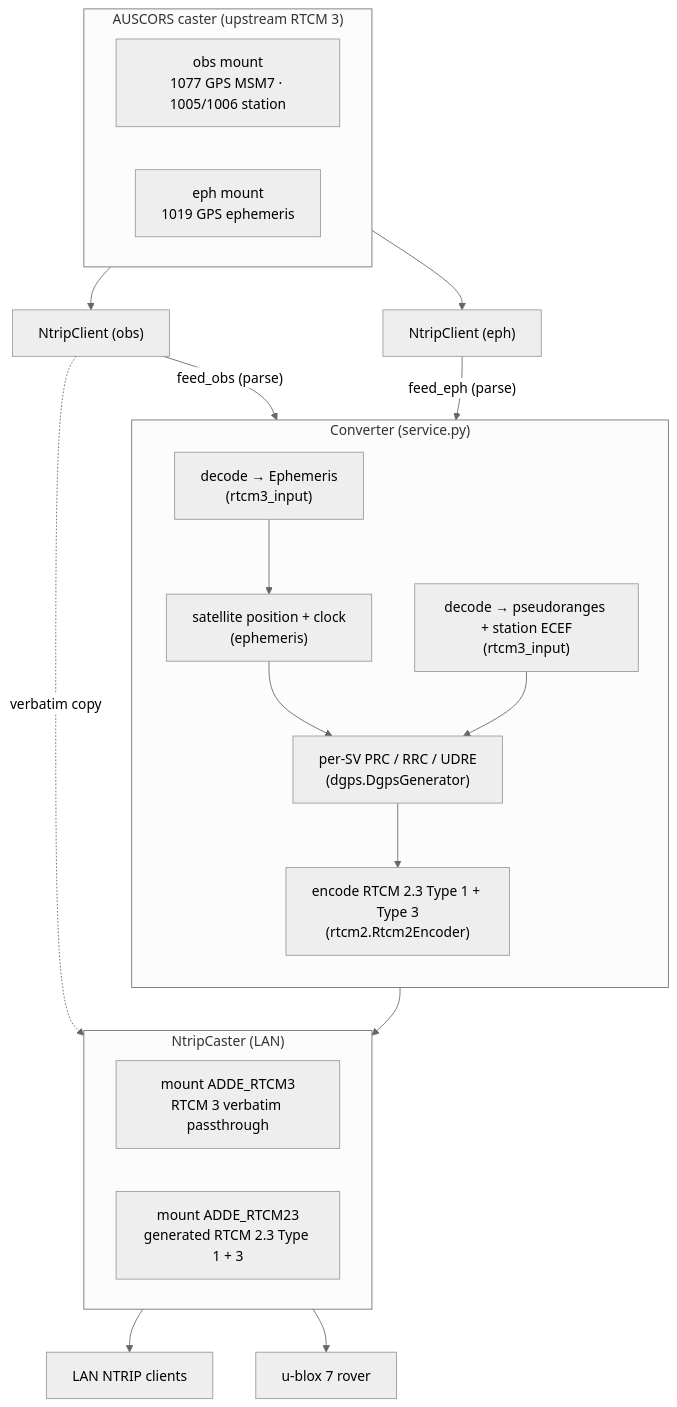
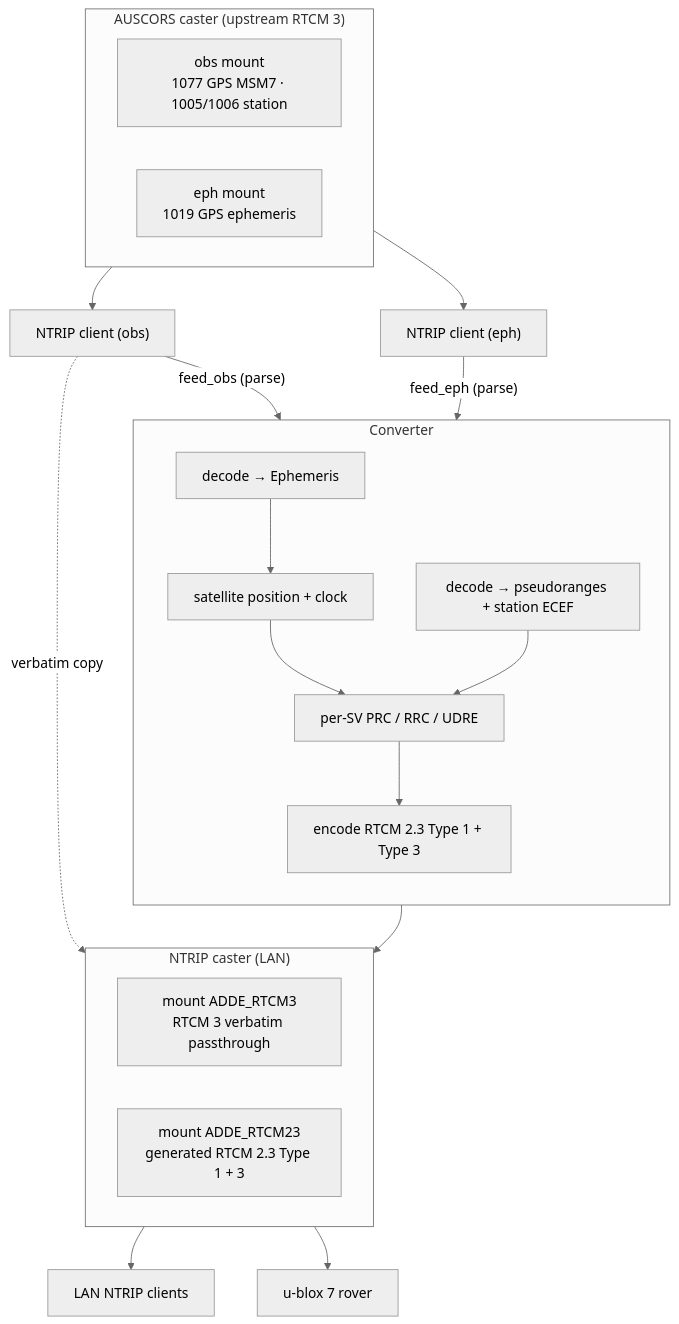
Before and after one commit to mithro/ntrip-rtcm3-to-rtcm2p3: the diagram in docs/architecture.md, drawn with Mermaid (neutral theme). The commit also changed other lines of this file and 5 other files, not shown here.

````diff
--- a/docs/architecture.md
+++ b/docs/architecture.md
@@ -5,38 +5,38 @@
 ```{mermaid}
 flowchart TB
     subgraph UP["AUSCORS caster (upstream RTCM 3)"]
       direction LR
       OBS["obs mount<br/>1077 GPS MSM7 · 1005/1006 station"]
       EPH["eph mount<br/>1019 GPS ephemeris"]
     end
 
-    OBS --> OC["NtripClient (obs)"]
-    EPH --> EC["NtripClient (eph)"]
+    OBS --> OC["NTRIP client (obs)"]
+    EPH --> EC["NTRIP client (eph)"]
 
-    subgraph CONV["Converter (service.py)"]
+    subgraph CONV["Converter"]
       direction TB
-      DEC["decode → pseudoranges + station ECEF<br/>(rtcm3_input)"]
-      EPHD["decode → Ephemeris<br/>(rtcm3_input)"]
-      SAT["satellite position + clock<br/>(ephemeris)"]
-      GEN["per-SV PRC / RRC / UDRE<br/>(dgps.DgpsGenerator)"]
-      ENC["encode RTCM 2.3 Type 1 + Type 3<br/>(rtcm2.Rtcm2Encoder)"]
+      DEC["decode → pseudoranges + station ECEF"]
+      EPHD["decode → Ephemeris"]
+      SAT["satellite position + clock"]
+      GEN["per-SV PRC / RRC / UDRE"]
+      ENC["encode RTCM 2.3 Type 1 + Type 3"]
       EPHD --> SAT
       SAT --> GEN
       DEC --> GEN
       GEN --> ENC
     end
 
     OC -->|"feed_obs (parse)"| DEC
     EC -->|"feed_eph (parse)"| EPHD
     OC -.->|"verbatim copy"| M3
     ENC --> M23
 
-    subgraph CAST["NtripCaster (LAN)"]
+    subgraph CAST["NTRIP caster (LAN)"]
       direction LR
       M3["mount ADDE_RTCM3<br/>RTCM 3 verbatim passthrough"]
       M23["mount ADDE_RTCM23<br/>generated RTCM 2.3 Type 1 + 3"]
     end
 
     M3 --> LAN["LAN NTRIP clients"]
     M23 --> UBX["u-blox 7 rover"]
 ```
````
